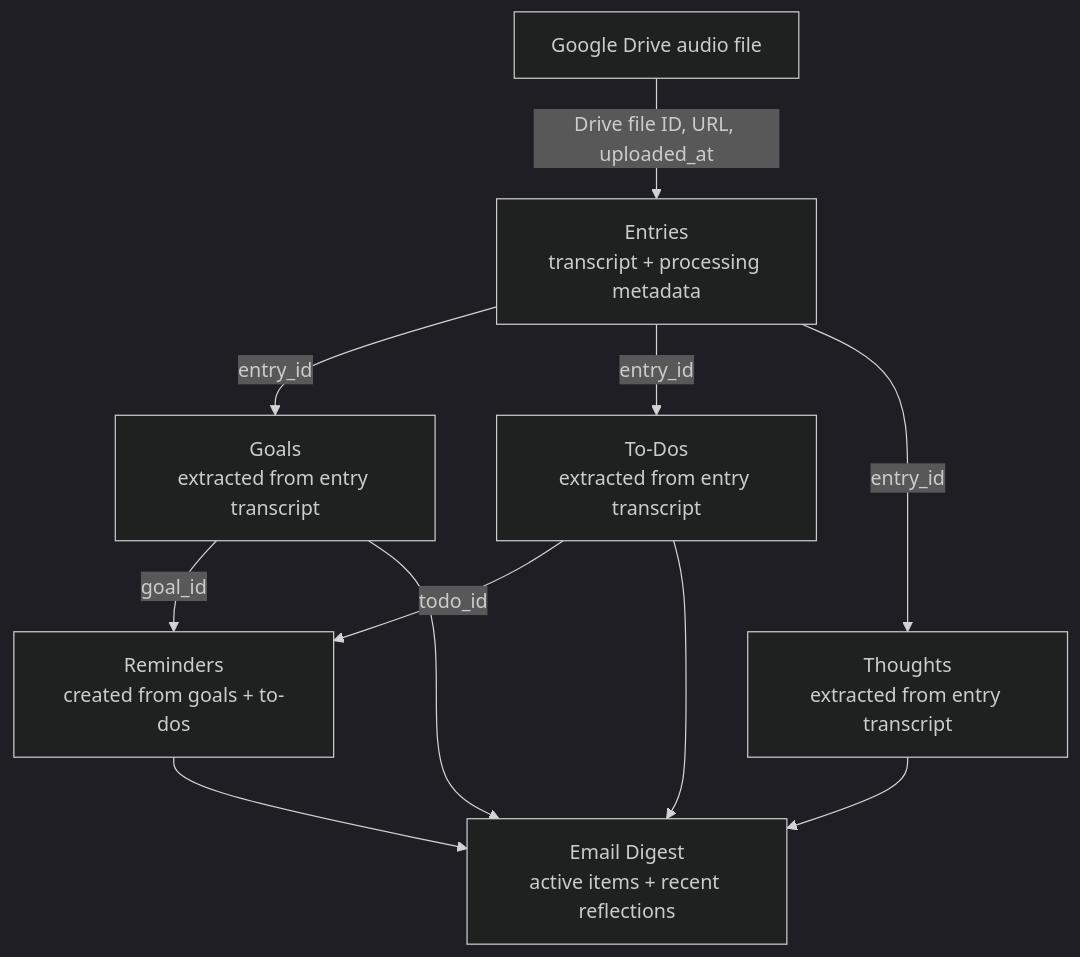
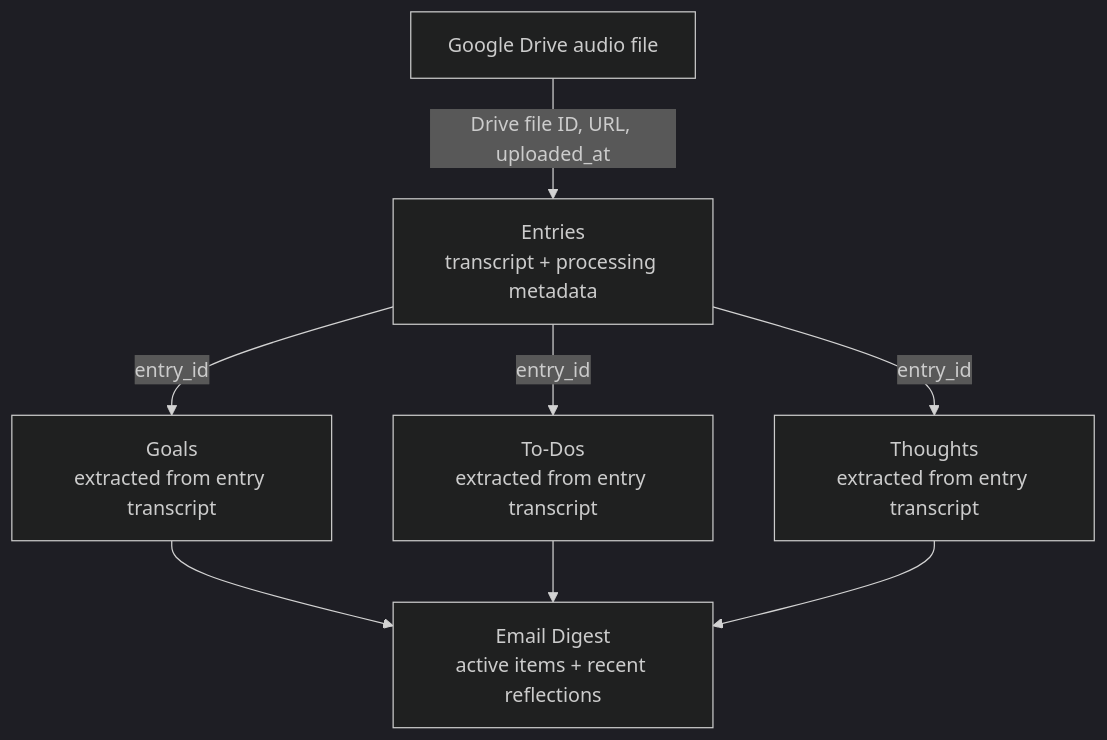
One commit to Marko-Suchy/voice-journal changed the diagram in README.md. Above: the diagram before and after it, drawn with Mermaid (dark theme). The commit also changed other lines of this file and 3 other files, not shown here.

````diff
--- a/README.md
+++ b/README.md
@@ -37,21 +36,17 @@
 ```mermaid
 flowchart TD
     drive["Google Drive audio file"]
     entries["Entries\ntranscript + processing metadata"]
     goals["Goals\nextracted from entry transcript"]
     todos["To-Dos\nextracted from entry transcript"]
     thoughts["Thoughts\nextracted from entry transcript"]
-    reminders["Reminders\ncreated from goals + to-dos"]
     digest["Email Digest\nactive items + recent reflections"]
 
     drive -->|"Drive file ID, URL, uploaded_at"| entries
     entries -->|"entry_id"| goals
     entries -->|"entry_id"| todos
     entries -->|"entry_id"| thoughts
-    goals -->|"goal_id"| reminders
-    todos -->|"todo_id"| reminders
     goals --> digest
     todos --> digest
     thoughts --> digest
-    reminders --> digest
 ```
````
